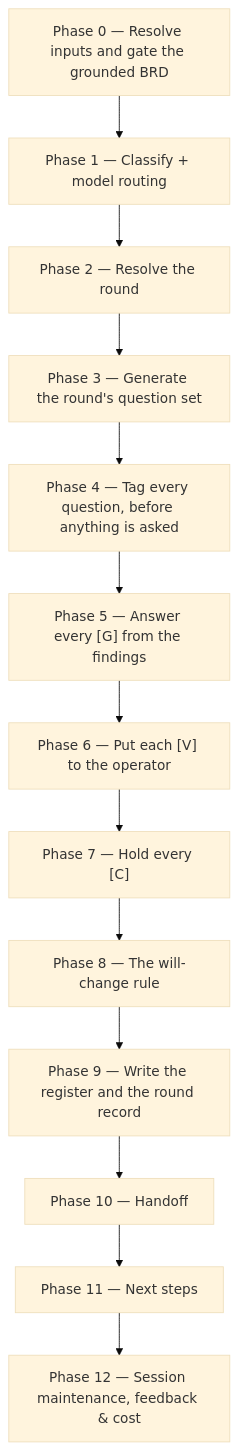
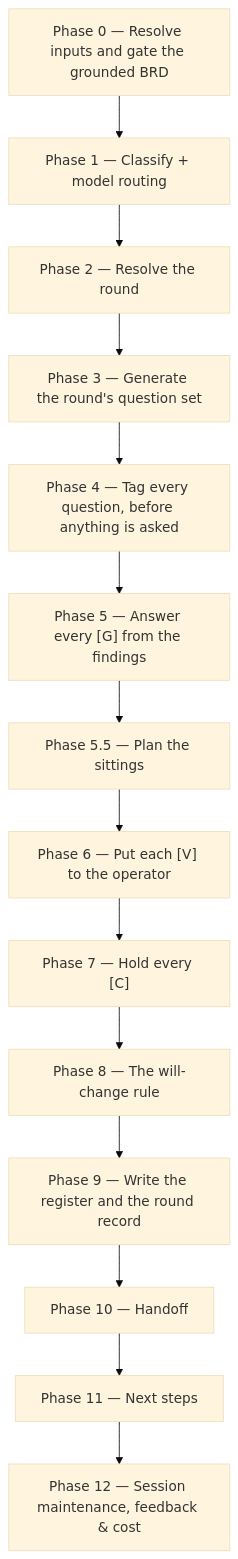
Before and after one commit to ihudak/ai-workflows: the diagram in plugins/product-workflows/docs/commands/brd-interview.md, drawn with Mermaid (base theme). The commit also changed other lines of this file and 13 other files, not shown here.

````diff
--- a/plugins/product-workflows/docs/commands/brd-interview.md
+++ b/plugins/product-workflows/docs/commands/brd-interview.md
@@ -204,15 +206,16 @@
 ```mermaid
 flowchart TD
     p0["Phase 0 — Resolve inputs and gate the grounded BRD"] --> p1["Phase 1 — Classify + model routing"]
     p1 --> p2["Phase 2 — Resolve the round"]
     p2 --> p3["Phase 3 — Generate the round's question set"]
     p3 --> p4["Phase 4 — Tag every question, before anything is asked"]
     p4 --> p5["Phase 5 — Answer every [G] from the findings"]
-    p5 --> p6["Phase 6 — Put each [V] to the operator"]
+    p5 --> p55["Phase 5.5 — Plan the sittings"]
+    p55 --> p6["Phase 6 — Put each [V] to the operator"]
     p6 --> p7["Phase 7 — Hold every [C]"]
     p7 --> p8["Phase 8 — The will-change rule"]
     p8 --> p9["Phase 9 — Write the register and the round record"]
     p9 --> p10["Phase 10 — Handoff"]
     p10 --> p11["Phase 11 — Next steps"]
     p11 --> p12["Phase 12 — Session maintenance, feedback & cost"]
 ```
````
